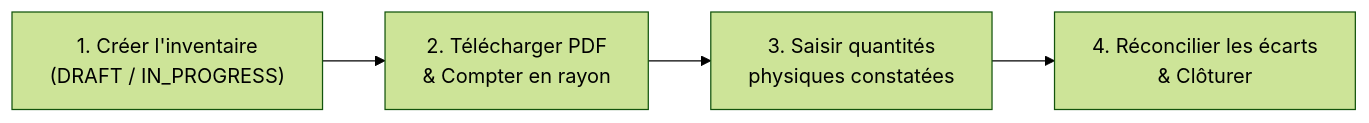
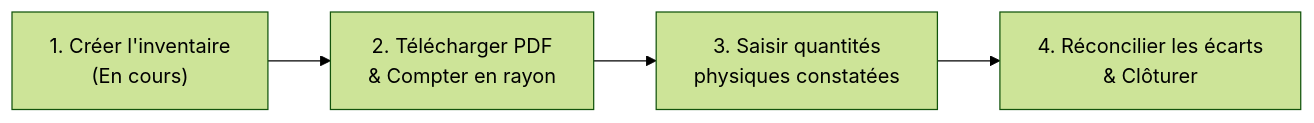
Before and after one commit to AQUILA04/ELYKIA: the diagram in user-guide/docs/manager/stock_sales.md, drawn with Mermaid (forest theme). The commit also changed other lines of this file and 38 other files, not shown here.

````diff
--- a/user-guide/docs/manager/stock_sales.md
+++ b/user-guide/docs/manager/stock_sales.md
@@ -107,6 +113,6 @@
 ```mermaid
 graph LR
-    A["1. Créer l'inventaire<br/>(DRAFT / IN_PROGRESS)"] --> B["2. Télécharger PDF<br/>& Compter en rayon"]
+    A["1. Créer l'inventaire<br/>(En cours)"] --> B["2. Télécharger PDF<br/>& Compter en rayon"]
     B --> C["3. Saisir quantités<br/>physiques constatées"]
     C --> D["4. Réconcilier les écarts<br/>& Clôturer"]
 ```
````
